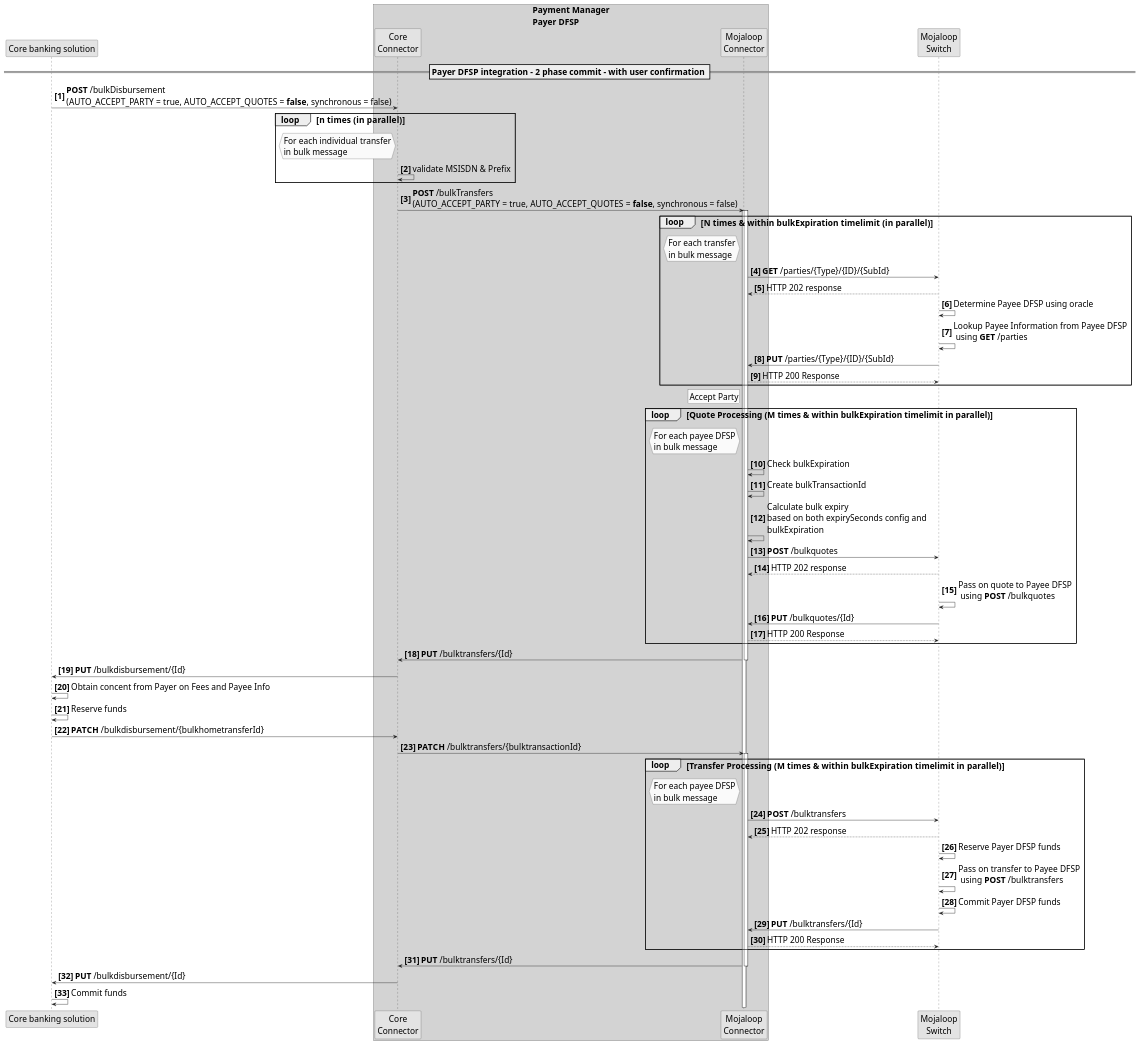
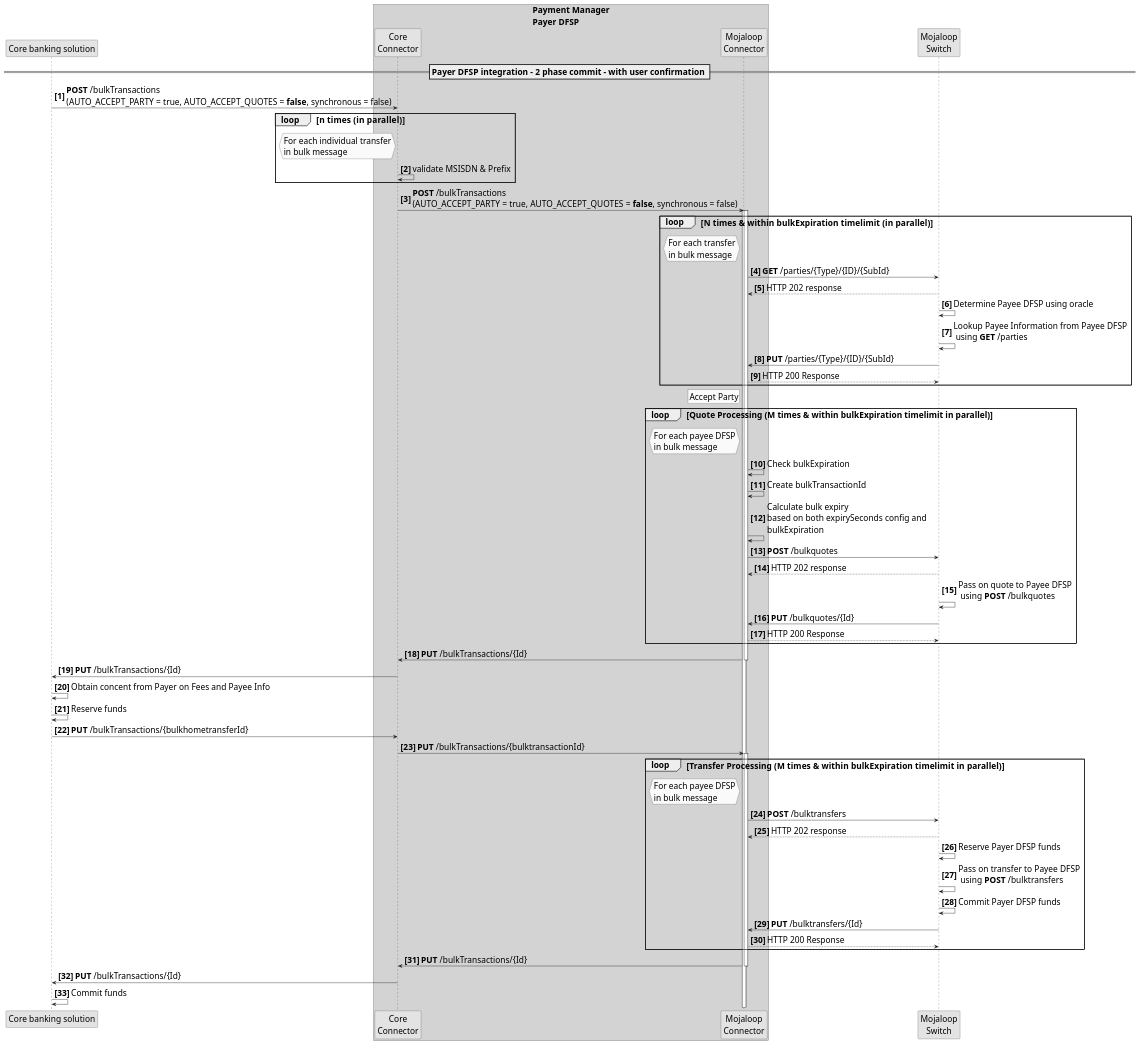
Before and after one commit to mojaloop/documentation: the diagram in docs/technical/sdk-scheme-adapter/assets/sequence/PayerDFSPBulkTwoPhasePattern.PlantUML, drawn with PlantUML. The commit also changed 17 other files, not shown here.

```diff
--- a/docs/technical/sdk-scheme-adapter/assets/sequence/PayerDFSPBulkTwoPhasePattern.PlantUML
+++ b/docs/technical/sdk-scheme-adapter/assets/sequence/PayerDFSPBulkTwoPhasePattern.PlantUML
@@ -1,100 +1,100 @@
 @startuml PayerDFSPBulkTwoPhasePattern
 /'*****
 --------------
 ******'/
 
 skinparam activityFontSize 4
 skinparam activityDiamondFontSize 30
 skinparam activityArrowFontSize 22
 skinparam defaultFontSize 22
 skinparam noteFontSize 22
 skinparam monochrome true
 ' declare title
 ' title PayerDFSPBulkTwoPhasePattern
 ' declare actors
 participant "Core banking solution" as CBS
 box "Payment Manager\nPayer DFSP" #LightGrey
 participant "Core\nConnector" as CC 
 participant "Mojaloop\nConnector" as MC 
 end box
 participant "Mojaloop\nSwitch" as Switch
 autonumber 1 1 "<b>[0]"
 
 == Payer DFSP integration - 2 phase commit - with user confirmation ==
 
-CBS->CC: **POST** /bulkDisbursement \n(AUTO_ACCEPT_PARTY = true, AUTO_ACCEPT_QUOTES = **false**, synchronous = false)
+CBS->CC: **POST** /bulkTransactions \n(AUTO_ACCEPT_PARTY = true, AUTO_ACCEPT_QUOTES = **false**, synchronous = false)
 Loop n times  (in parallel)
     hnote left of CC
         For each individual transfer
         in bulk message
     end hnote
     CC -> CC: validate MSISDN & Prefix
 end Loop
-CC->MC: **POST** /bulkTransfers \n(AUTO_ACCEPT_PARTY = true, AUTO_ACCEPT_QUOTES = **false**, synchronous = false)
+CC->MC: **POST** /bulkTransactions \n(AUTO_ACCEPT_PARTY = true, AUTO_ACCEPT_QUOTES = **false**, synchronous = false)
 activate MC
 loop N times & within bulkExpiration timelimit  (in parallel)
 hnote left of MC
         For each transfer
         in bulk message
 end hnote
   activate MC
   MC->Switch: **GET** /parties/{Type}/{ID}/{SubId}
   Switch-->MC: HTTP 202 response
   Switch->Switch: Determine Payee DFSP using oracle
   Switch->Switch: Lookup Payee Information from Payee DFSP\n using **GET** /parties
   Switch->MC: **PUT** /parties/{Type}/{ID}/{SubId}
   MC-->Switch: HTTP 200 Response
 end Loop
 
 rnote left MC
   Accept Party
 endrnote
 
 loop Quote Processing (M times & within bulkExpiration timelimit in parallel)
   hnote left of MC
           For each payee DFSP
           in bulk message
   end hnote
   MC->MC: Check bulkExpiration
   MC->MC: Create bulkTransactionId
   MC -> MC: Calculate bulk expiry \nbased on both expirySeconds config and \nbulkExpiration
   MC->Switch: **POST** /bulkquotes
   Switch-->MC: HTTP 202 response
   Switch->Switch: Pass on quote to Payee DFSP\n using **POST** /bulkquotes
   Switch->MC: **PUT** /bulkquotes/{Id}
   MC-->Switch: HTTP 200 Response
 end loop
-  MC->CC: **PUT** /bulktransfers/{Id}
+  MC->CC: **PUT** /bulkTransactions/{Id}
 
   deactivate MC
-  CC->CBS: **PUT** /bulkdisbursement/{Id}
+  CC->CBS: **PUT** /bulkTransactions/{Id}
 
 
 CBS->CBS: Obtain concent from Payer on Fees and Payee Info
 CBS->CBS: Reserve funds
-CBS->CC: **PATCH** /bulkdisbursement/{bulkhometransferId}
-CC->MC: **PATCH** /bulktransfers/{bulktransactionId}
+CBS->CC: **PUT** /bulkTransactions/{bulkhometransferId}
+CC->MC: **PUT** /bulkTransactions/{bulktransactionId}
 
 loop Transfer Processing (M times & within bulkExpiration timelimit  in parallel)
   hnote left of MC
         For each payee DFSP
         in bulk message
   end hnote
 
   activate MC
   MC->Switch: **POST** /bulktransfers
   Switch-->MC: HTTP 202 response
   Switch->Switch: Reserve Payer DFSP funds
   Switch->Switch: Pass on transfer to Payee DFSP\n using **POST** /bulktransfers
   Switch->Switch: Commit Payer DFSP funds
   Switch->MC: **PUT** /bulktransfers/{Id}
   MC-->Switch: HTTP 200 Response
 end loop  
 
-MC->CC: **PUT** /bulktransfers/{Id}
+MC->CC: **PUT** /bulkTransactions/{Id}
 
 deactivate MC
-CC->CBS: **PUT** /bulkdisbursement/{Id}
+CC->CBS: **PUT** /bulkTransactions/{Id}
 CBS->CBS: Commit funds
 
 @enduml
```
